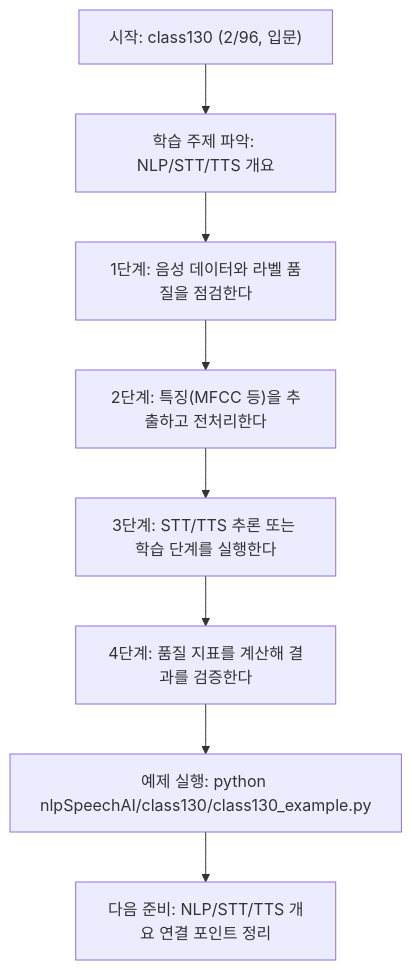
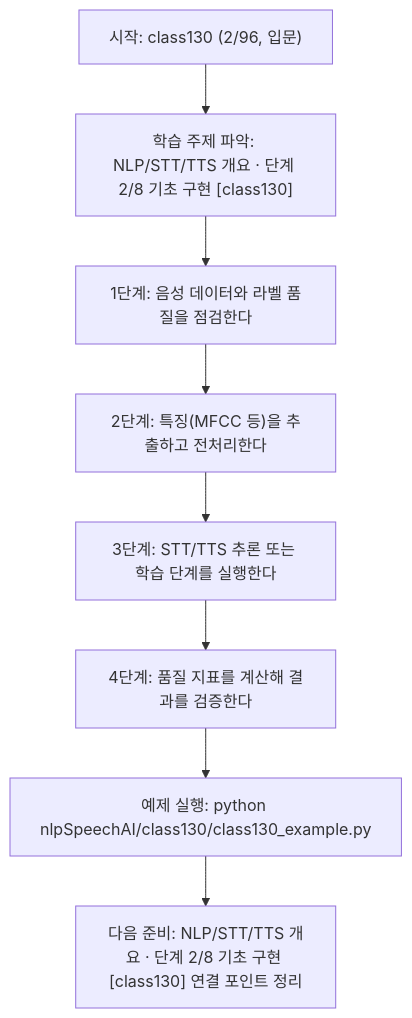
The diagram in nlpSpeechAI/class130/class130.md (edumgt/Python-AI_Agent-Class), drawn with Mermaid before and after one commit. The commit also changed other lines of this file and 522 other files, not shown here.

````diff
--- a/nlpSpeechAI/class130/class130.md
+++ b/nlpSpeechAI/class130/class130.md
@@ -114,18 +115,18 @@
 ```mermaid
 flowchart TD
 N1["시작: class130 (2/96, 입문)"]
-N2["학습 주제 파악: NLP/STT/TTS 개요"]
+N2["학습 주제 파악: NLP/STT/TTS 개요 · 단계 2/8 기초 구현 [class130]"]
 N3["1단계: 음성 데이터와 라벨 품질을 점검한다"]
 N4["2단계: 특징(MFCC 등)을 추출하고 전처리한다"]
 N5["3단계: STT/TTS 추론 또는 학습 단계를 실행한다"]
 N6["4단계: 품질 지표를 계산해 결과를 검증한다"]
 N7["예제 실행: python nlpSpeechAI/class130/class130_example.py"]
-N8["다음 준비: NLP/STT/TTS 개요 연결 포인트 정리"]
+N8["다음 준비: NLP/STT/TTS 개요 · 단계 2/8 기초 구현 [class130] 연결 포인트 정리"]
 N1 --> N2
 N2 --> N3
 N3 --> N4
 N4 --> N5
 N5 --> N6
 N6 --> N7
 N7 --> N8
 ```
````
